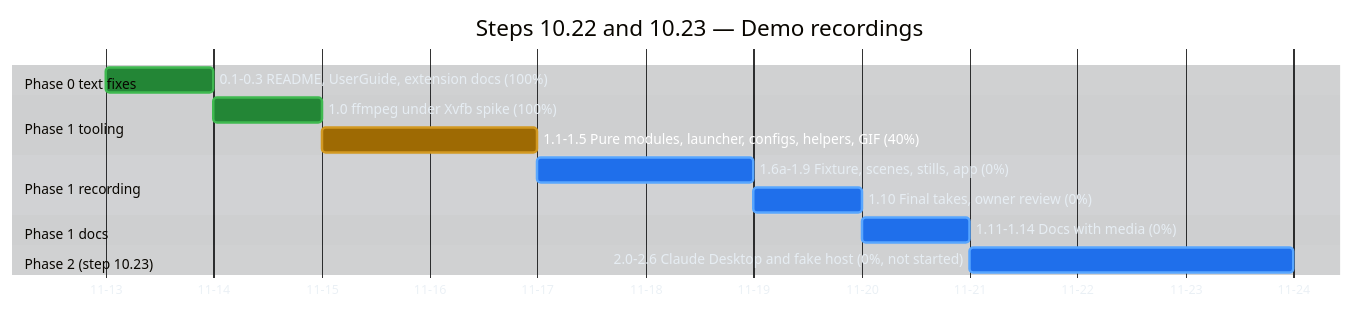
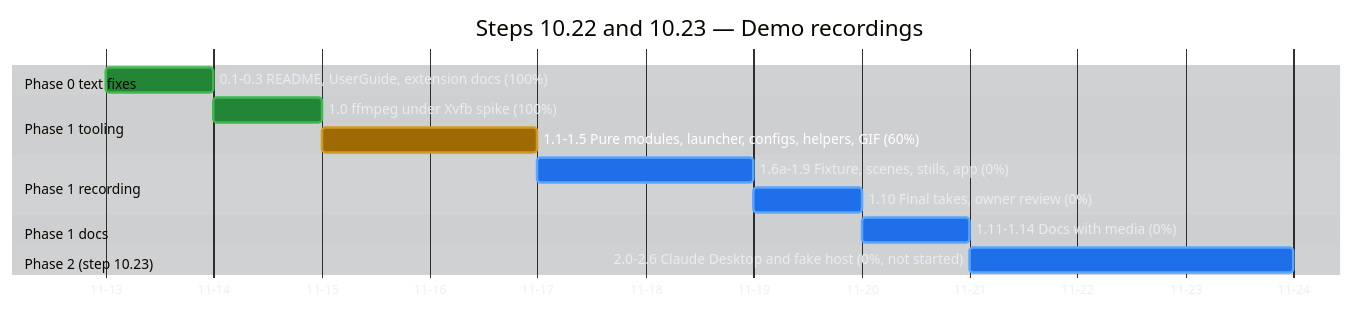
Before and after one commit to raulkivi/agent-cost-analyzer: the second of 4 diagrams in docs/implementation-plan-gantt.md, drawn with Mermaid. The commit also changed other lines of this file and 2 other files, not shown here.

````diff
--- a/docs/implementation-plan-gantt.md
+++ b/docs/implementation-plan-gantt.md
@@ -135,51 +135,51 @@
 ```mermaid
 %%{init: {
   "theme": "base",
   "themeVariables": {
     "darkMode": true,
     "background": "#0d1117",
     "textColor": "#e6edf3",
     "primaryTextColor": "#e6edf3",
     "lineColor": "#8b949e",
     "sectionBkgColor": "#161b22",
     "sectionBkgColor2": "#1c2129",
     "altSectionBkgColor": "#0d1117",
     "gridColor": "#30363d",
     "excludeBkgColor": "#161b22",
     "todayLineColor": "#f85149",
     "taskBkgColor": "#1f6feb",
     "taskBorderColor": "#58a6ff",
     "taskTextColor": "#ffffff",
     "taskTextLightColor": "#ffffff",
     "taskTextDarkColor": "#ffffff",
     "taskTextOutsideColor": "#e6edf3",
     "doneTaskBkgColor": "#238636",
     "doneTaskBorderColor": "#3fb950",
     "activeTaskBkgColor": "#9e6a03",
     "activeTaskBorderColor": "#d29922",
     "critBkgColor": "#da3633",
     "critBorderColor": "#f85149"
   }
 }}%%
 gantt
     title Steps 10.22 and 10.23 — Demo recordings
     dateFormat YYYY-MM-DD
     axisFormat %m-%d
 
     section Phase 0 text fixes
     0.1-0.3 README, UserGuide, extension docs (100%) :done, d0, 2026-11-13, 1d
 
     section Phase 1 tooling
     1.0 ffmpeg under Xvfb spike (100%)              :done, d10, after d0, 1d
-    1.1-1.5 Pure modules, launcher, configs, helpers, GIF (40%) :active, d11, after d10, 2d
+    1.1-1.5 Pure modules, launcher, configs, helpers, GIF (60%) :active, d11, after d10, 2d
 
     section Phase 1 recording
     1.6a-1.9 Fixture, scenes, stills, app (0%)      :d16, after d11, 2d
     1.10 Final takes, owner review (0%)            :d110, after d16, 1d
 
     section Phase 1 docs
     1.11-1.14 Docs with media (0%)                 :d111, after d110, 1d
 
     section Phase 2 (step 10.23)
     2.0-2.6 Claude Desktop and fake host (0%, not started) :d20, after d111, 3d
 ```
````
